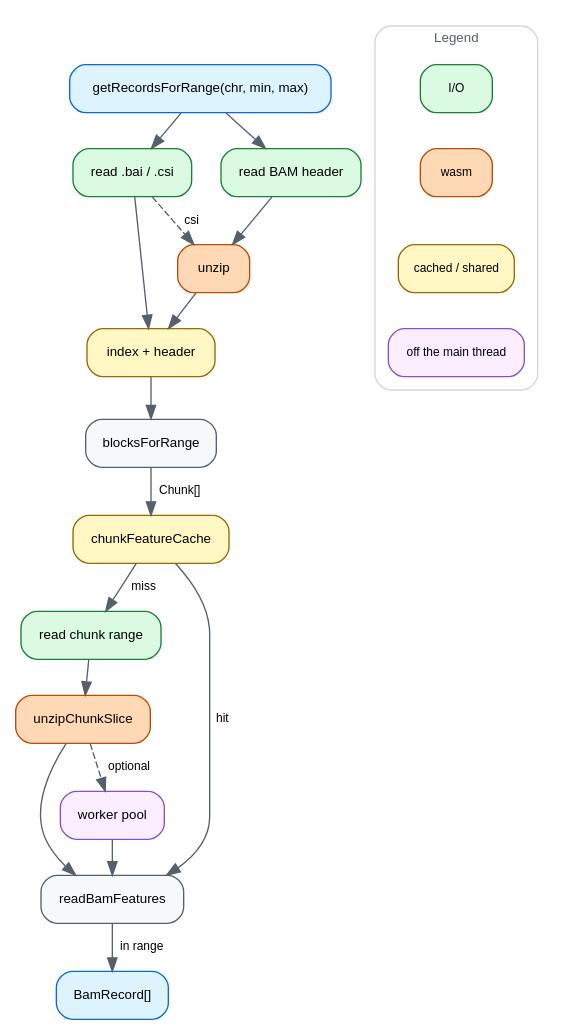
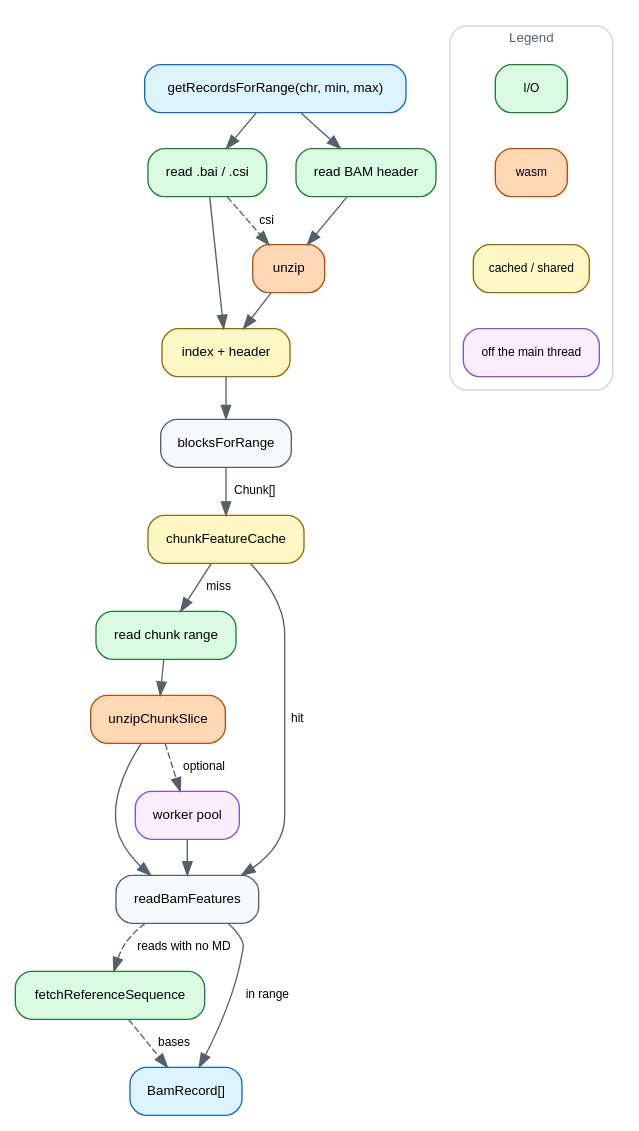
The diagram in docs/img/dataflow.dot (GMOD/bam-js), drawn with Graphviz before and after one commit. The commit also changed 2 other files, not shown here.

Commit message:
docs: put fetchReferenceSequence on the dataflow diagram
It is the one place a second data source enters a query, and the diagram
showed no sign of it at all.

```diff
--- a/docs/img/dataflow.dot
+++ b/docs/img/dataflow.dot
@@ -1,67 +1,70 @@
 // Source for docs/img/dataflow.svg, which docs/dataflow.md embeds.
 // Regenerate with: dot -Tsvg docs/img/dataflow.dot -o docs/img/dataflow.svg
 //
-// Deliberately the MAIN PATH only — htsget, viewAsPairs mate lookups, the
-// reference-sequence pass and the early stop are described in dataflow.md
-// instead. A diagram that shows every branch stops being the thing you look at
-// first.
+// Deliberately the MAIN PATH only — htsget, viewAsPairs mate lookups and the
+// early stop are described in dataflow.md instead. A diagram that shows every
+// branch stops being the thing you look at first. fetchReferenceSequence is in
+// because it is the one place a second data source enters the pipeline.
 //
 // SYNC: ~/src/gmod/tabix-js/docs/img/dataflow.dot — same palette, legend and
 // spine. ~/src/gmod/cram-js/docs/img/dataflow.dot shares them too, and draws
 // its pool as a cluster rather than a node because there the unit that moves
 // is a whole slice, not just the decompression.
 digraph bamjs {
   rankdir=TB
   bgcolor="white"
   nodesep=0.3
   ranksep=0.36
   node [shape=box style="filled,rounded" fillcolor="#f6f8fa" color="#57606a"
         fontname="Helvetica" fontsize=10 margin="0.14,0.07"]
   edge [color="#57606a" fontname="Helvetica" fontsize=9]
 
   query   [label="getRecordsForRange(chr, min, max)" fillcolor="#ddf4ff" color="#0969da"]
   readidx [label="read .bai / .csi" fillcolor="#dafbe1" color="#1a7f37"]
   readhdr [label="read BAM header" fillcolor="#dafbe1" color="#1a7f37"]
   unzip   [label="unzip" fillcolor="#ffd8b5" color="#bc4c00"]
   index   [label="index + header" fillcolor="#fff8c5" color="#9a6700"]
   blocks  [label="blocksForRange"]
   cache   [label="chunkFeatureCache" fillcolor="#fff8c5" color="#9a6700"]
   readchk [label="read chunk range" fillcolor="#dafbe1" color="#1a7f37"]
   slice   [label="unzipChunkSlice" fillcolor="#ffd8b5" color="#bc4c00"]
   pool    [label="worker pool" fillcolor="#fbefff" color="#8250df"]
   feats   [label="readBamFeatures"]
+  refseq  [label="fetchReferenceSequence" fillcolor="#dafbe1" color="#1a7f37"]
   out     [label="BamRecord[]" fillcolor="#ddf4ff" color="#0969da"]
 
   query -> readidx
   readidx -> index
   readidx -> unzip [style=dashed label=" csi "]
   query -> readhdr
   readhdr -> unzip
   unzip -> index
   index -> blocks
   blocks -> cache [label=" Chunk[] "]
   cache -> readchk [label=" miss "]
   readchk -> slice
   slice -> pool [style=dashed label=" optional "]
   slice -> feats
   pool -> feats
   cache -> feats [label=" hit "]
   feats -> out [label=" in range "]
+  feats -> refseq [style=dashed label=" reads with no MD "]
+  refseq -> out [style=dashed label=" bases "]
 
   subgraph cluster_legend {
     label="Legend"
     labelloc="t"
     fontname="Helvetica"
     fontsize=10
     fontcolor="#57606a"
     color="#d0d7de"
     style="rounded"
     margin=10
     node [shape=box style="filled,rounded" fontsize=9 margin="0.1,0.04"]
     l1 [label="I/O" fillcolor="#dafbe1" color="#1a7f37"]
     l2 [label="wasm" fillcolor="#ffd8b5" color="#bc4c00"]
     l3 [label="cached / shared" fillcolor="#fff8c5" color="#9a6700"]
     l4 [label="off the main thread" fillcolor="#fbefff" color="#8250df"]
     l1 -> l2 -> l3 -> l4 [style=invis]
   }
 }
```
